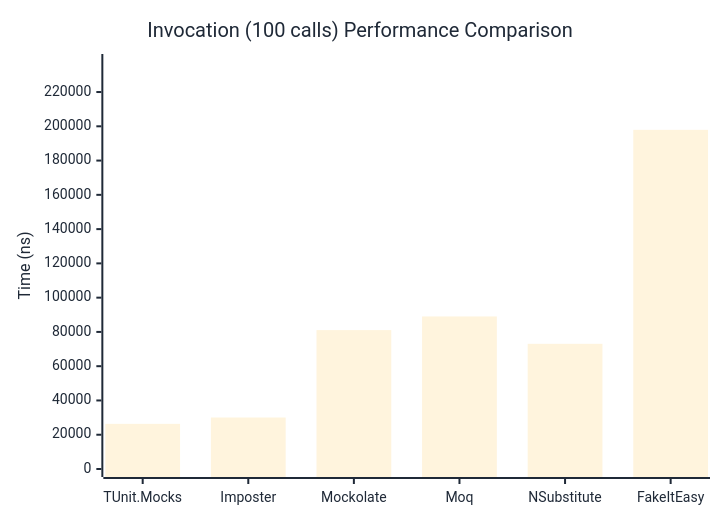
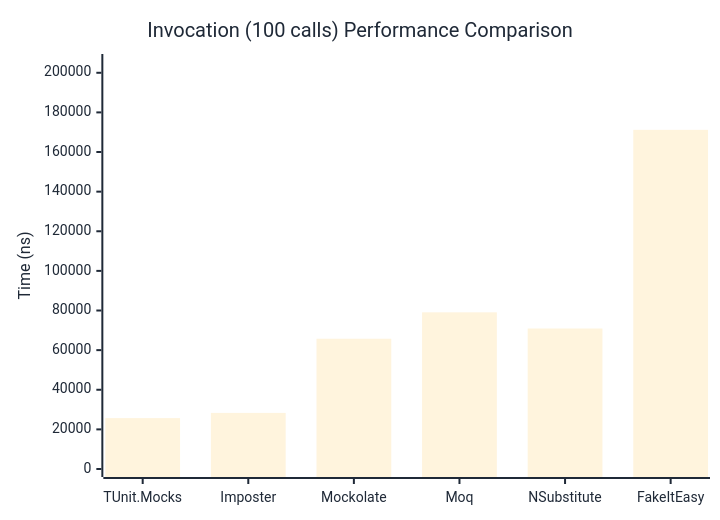
One commit to thomhurst/TUnit changed the third of 3 diagrams in docs/docs/benchmarks/mocks/Invocation.md. Above: the diagram before and after it, drawn with Mermaid. The commit also changed other lines of this file and 14 other files, not shown here.

````diff
--- a/docs/docs/benchmarks/mocks/Invocation.md
+++ b/docs/docs/benchmarks/mocks/Invocation.md
@@ -110,27 +110,27 @@
 ```mermaid
 %%{init: {
   'theme':'base',
   'themeVariables': {
     'primaryColor': '#2563eb',
     'primaryTextColor': '#1f2937',
     'primaryBorderColor': '#1e40af',
     'lineColor': '#6b7280',
     'secondaryColor': '#7c3aed',
     'tertiaryColor': '#dc2626',
     'background': '#ffffff',
     'pie1': '#2563eb',
     'pie2': '#7c3aed',
     'pie3': '#dc2626',
     'pie4': '#f59e0b',
     'pie5': '#10b981',
     'pie6': '#06b6d4',
     'pie7': '#ec4899',
     'pie8': '#6366f1'
   }
 }}%%
 xychart-beta
   title "Invocation (100 calls) Performance Comparison"
   x-axis ["TUnit.Mocks", "Imposter", "Mockolate", "Moq", "NSubstitute", "FakeItEasy"]
-  y-axis "Time (ns)" 0 --> 237528
-  bar [26346.6, 30049.5, 81052.1, 89027.3, 73063, 197939.6]
+  y-axis "Time (ns)" 0 --> 205440
+  bar [25690.3, 28319.9, 65761.6, 79082.1, 70913.8, 171199.5]
 ```
````
